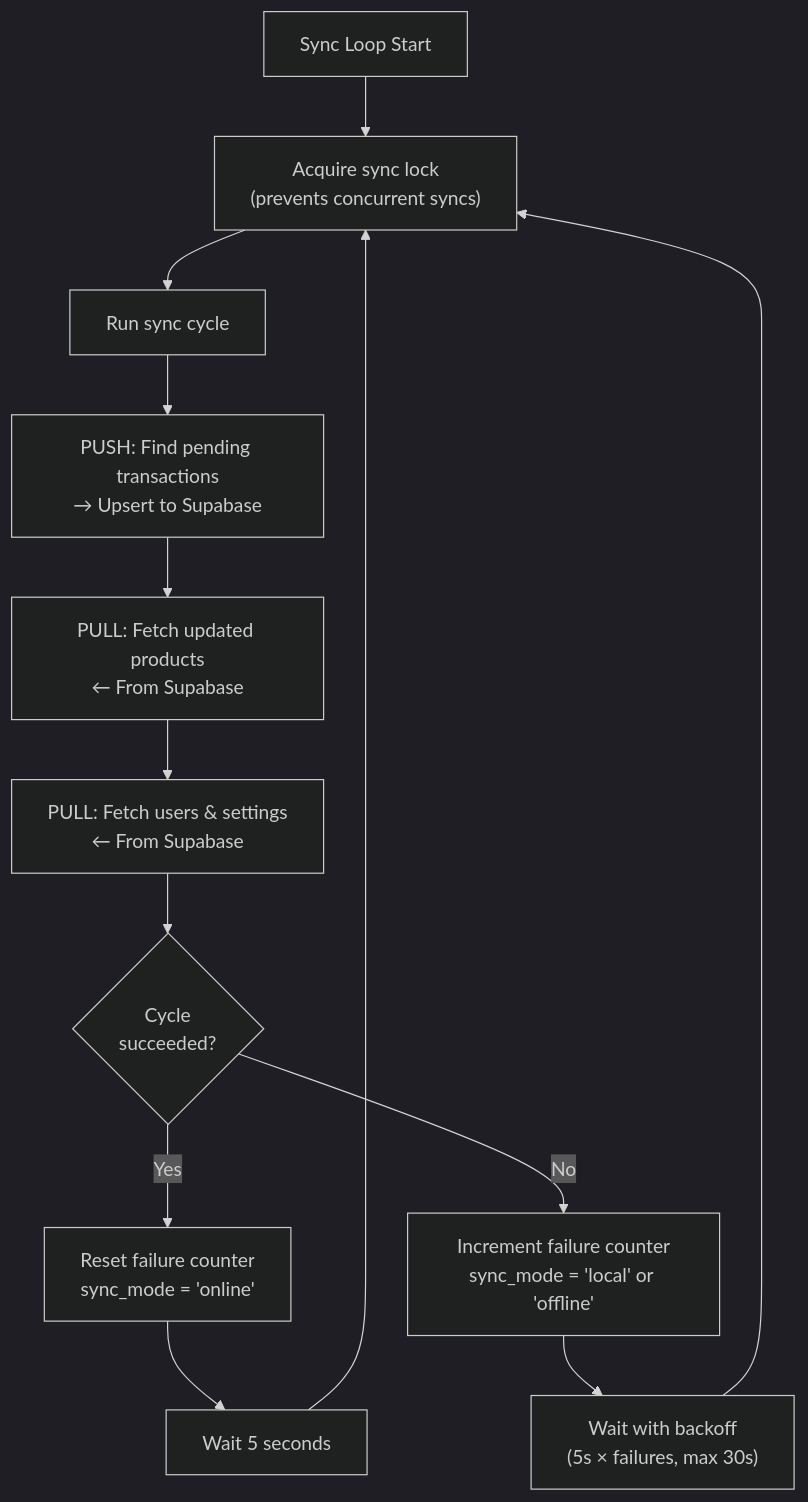
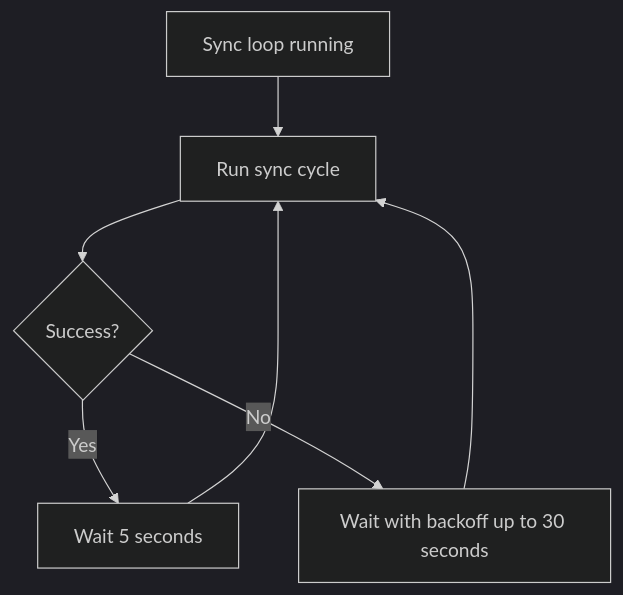
The third of 5 diagrams in docs/05-cloud-sync.md (BootlegYouki/at-iba-pa-pos), drawn with Mermaid (dark theme) before and after one commit. The commit also changed other lines of this file and 10 other files, not shown here.

First line of the commit message:
Refactor user guide and database schema documentation; enhance export reports feature

````diff
--- a/docs/05-cloud-sync.md
+++ b/docs/05-cloud-sync.md
@@ -117,22 +93,10 @@
 ```mermaid
 flowchart TD
-    Start["Sync Loop Start"]
-    
-    Start --> AcquireLock["Acquire sync lock<br/>(prevents concurrent syncs)"]
-    AcquireLock --> RunCycle["Run sync cycle"]
-    
-    RunCycle --> Push["PUSH: Find pending transactions<br/>→ Upsert to Supabase"]
-    Push --> Pull["PULL: Fetch updated products<br/>← From Supabase"]
-    Pull --> PullUsers["PULL: Fetch users & settings<br/>← From Supabase"]
-    
-    PullUsers --> Success{"Cycle<br/>succeeded?"}
-    
-    Success -->|Yes| ResetCounter["Reset failure counter<br/>sync_mode = 'online'"]
-    Success -->|No| IncrCounter["Increment failure counter<br/>sync_mode = 'local' or 'offline'"]
-    
-    ResetCounter --> Delay["Wait 5 seconds"]
-    IncrCounter --> BackoffDelay["Wait with backoff<br/>(5s × failures, max 30s)"]
-    
-    Delay --> AcquireLock
-    BackoffDelay --> AcquireLock
+    Start["Sync loop running"]
+    Start --> Run["Run sync cycle"]
+    Run --> Success{"Success?"}
+    Success -->|Yes| Delay5["Wait 5 seconds"]
+    Success -->|No| Backoff["Wait with backoff up to 30 seconds"]
+    Delay5 --> Run
+    Backoff --> Run
 ```
````
